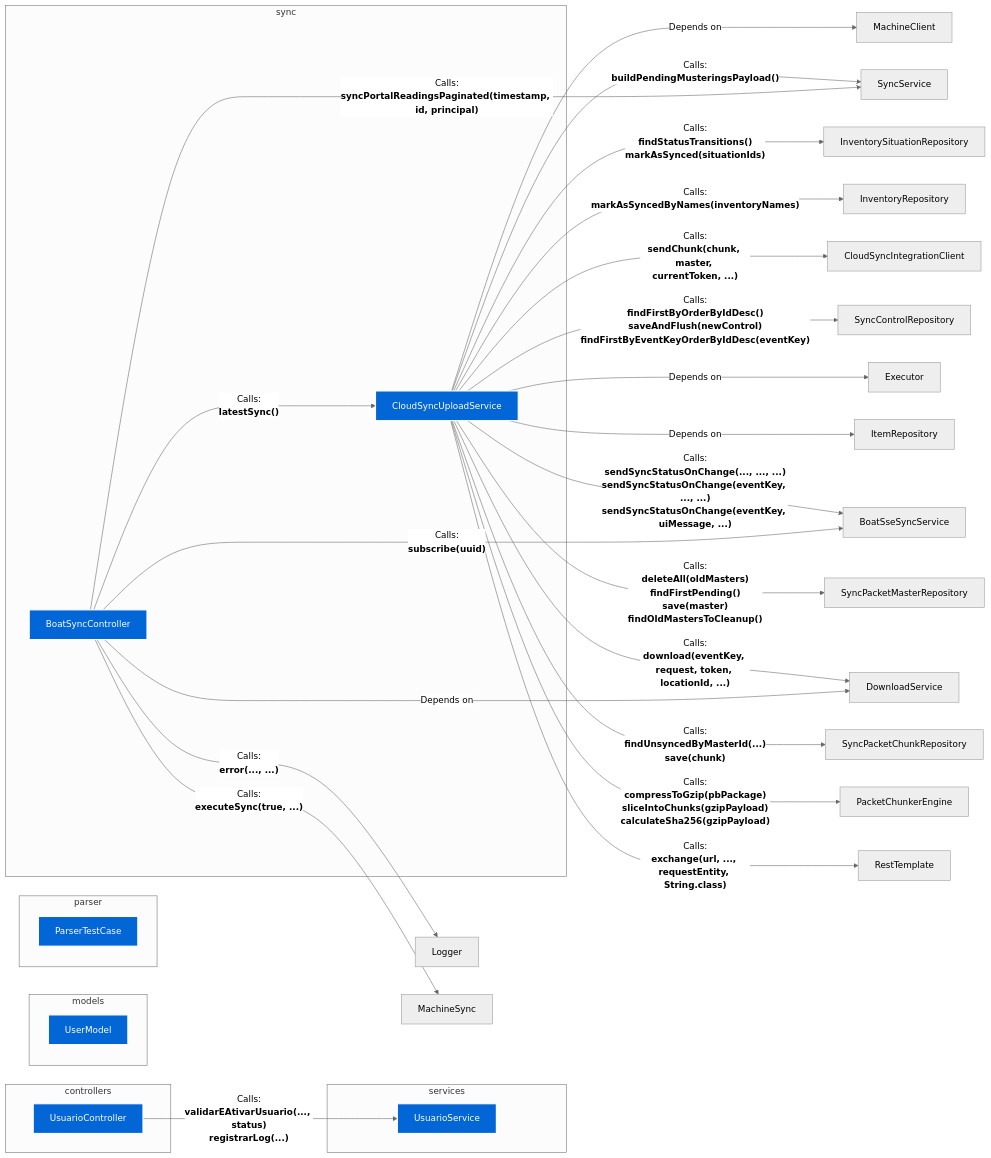
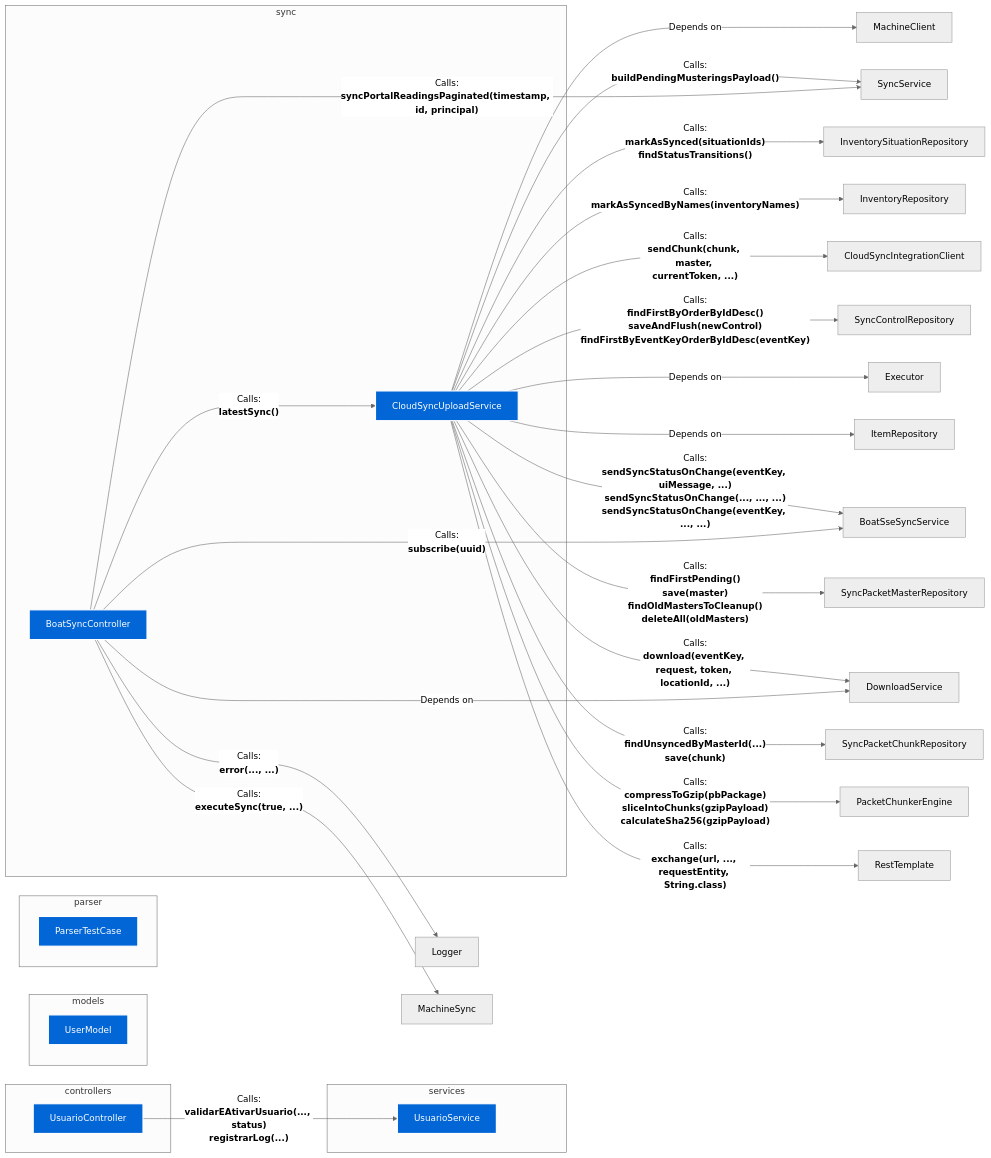
Before and after one commit to FelipeMCassiano/geanky: the diagram in docs/00_Architecture_Overview.md, drawn with Mermaid (neutral theme). The commit also changed 7 other files, not shown here.

```diff
--- a/docs/00_Architecture_Overview.md
+++ b/docs/00_Architecture_Overview.md
@@ -49,10 +49,6 @@
     
     
     
-        
-        
-            UsuarioController -->|"Calls:<br><b>validarEAtivarUsuario(..., status)<br>registrarLog(...)</b>"| UsuarioService
-        
     
     
     
@@ -62,6 +58,10 @@
     
     
     
+        
+        
+            UsuarioController -->|"Calls:<br><b>validarEAtivarUsuario(..., status)<br>registrarLog(...)</b>"| UsuarioService
+        
     
     
     
@@ -144,7 +144,7 @@
     
         
         
-            CloudSyncUploadService -->|"Calls:<br><b>findStatusTransitions()<br>markAsSynced(situationIds)</b>"| InventorySituationRepository
+            CloudSyncUploadService -->|"Calls:<br><b>markAsSynced(situationIds)<br>findStatusTransitions()</b>"| InventorySituationRepository
         
     
     
@@ -179,7 +179,7 @@
     
         
         
-            CloudSyncUploadService -->|"Calls:<br><b>sendSyncStatusOnChange(..., ..., ...)<br>sendSyncStatusOnChange(eventKey, ..., ...)<br>sendSyncStatusOnChange(eventKey, uiMessage, ...)</b>"| BoatSseSyncService
+            CloudSyncUploadService -->|"Calls:<br><b>sendSyncStatusOnChange(eventKey, uiMessage, ...)<br>sendSyncStatusOnChange(..., ..., ...)<br>sendSyncStatusOnChange(eventKey, ..., ...)</b>"| BoatSseSyncService
         
     
     
@@ -207,7 +207,7 @@
     
         
         
-            CloudSyncUploadService -->|"Calls:<br><b>deleteAll(oldMasters)<br>findFirstPending()<br>save(master)<br>findOldMastersToCleanup()</b>"| SyncPacketMasterRepository
+            CloudSyncUploadService -->|"Calls:<br><b>findFirstPending()<br>save(master)<br>findOldMastersToCleanup()<br>deleteAll(oldMasters)</b>"| SyncPacketMasterRepository
         
     
     
```
